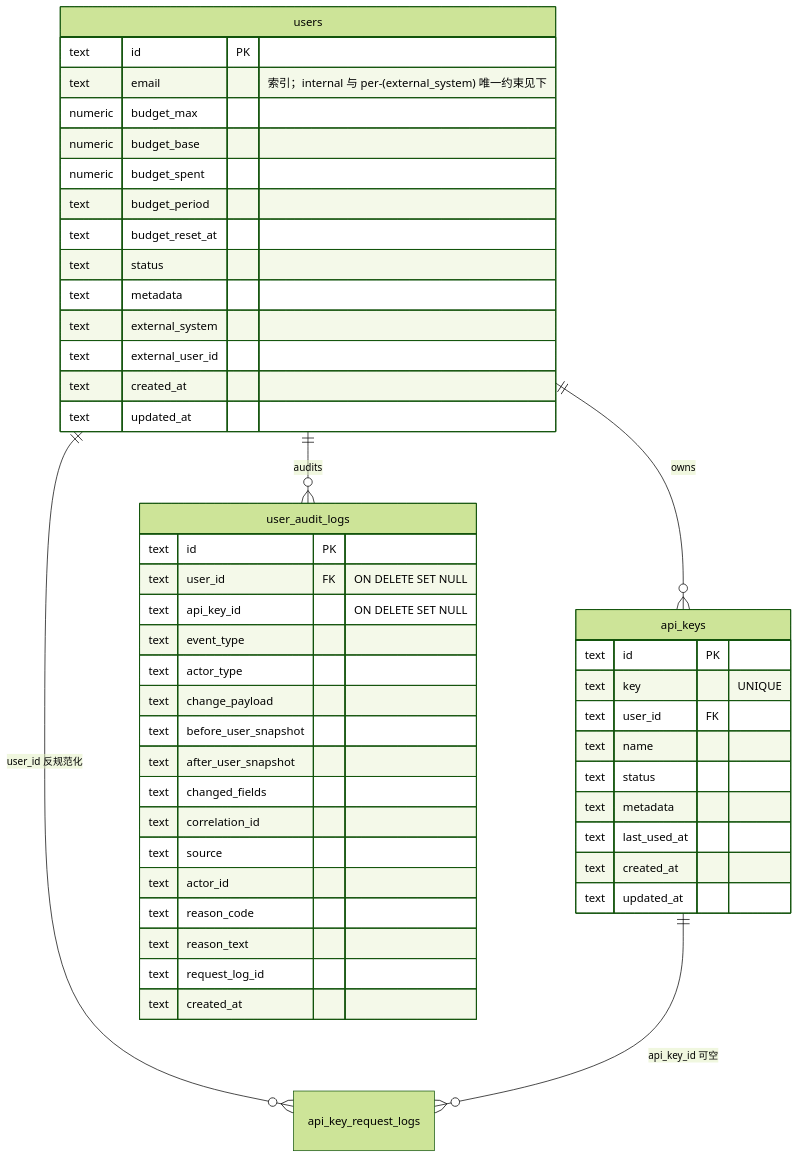
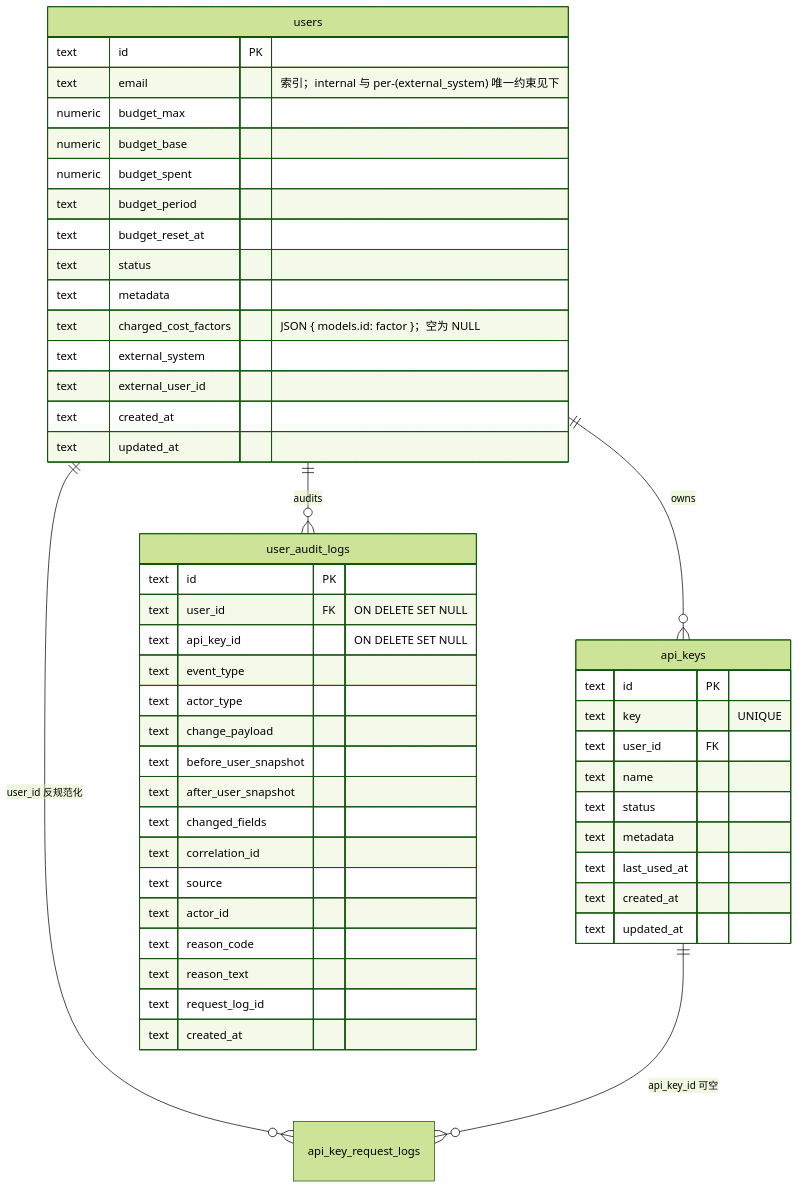
The diagram in docs/developers/architecture/user-keys-data-model.md (OctaFuse/octafuse-gateway), drawn with Mermaid (forest theme) before and after one commit. The commit also changed other lines of this file and 53 other files, not shown here.

First line of the commit message:
feat(api): introduce charged cost factors for user management

````diff
--- a/docs/developers/architecture/user-keys-data-model.md
+++ b/docs/developers/architecture/user-keys-data-model.md
@@ -7,54 +7,55 @@
 ```mermaid
 erDiagram
     users ||--o{ api_keys : owns
     users ||--o{ user_audit_logs : audits
     users ||--o{ api_key_request_logs : "user_id 反规范化"
     api_keys ||--o{ api_key_request_logs : "api_key_id 可空"
 
     users {
         text id PK
         text email "索引；internal 与 per-(external_system) 唯一约束见下"
         numeric budget_max
         numeric budget_base
         numeric budget_spent
         text budget_period
         text budget_reset_at
         text status
         text metadata
+        text charged_cost_factors "JSON { models.id: factor }；空为 NULL"
         text external_system
         text external_user_id
         text created_at
         text updated_at
     }
 
     api_keys {
         text id PK
         text key "UNIQUE"
         text user_id FK
         text name
         text status
         text metadata
         text last_used_at
         text created_at
         text updated_at
     }
 
     user_audit_logs {
         text id PK
         text user_id FK "ON DELETE SET NULL"
         text api_key_id "ON DELETE SET NULL"
         text event_type
         text actor_type
         text change_payload
         text before_user_snapshot
         text after_user_snapshot
         text changed_fields
         text correlation_id
         text source
         text actor_id
         text reason_code
         text reason_text
         text request_log_id
         text created_at
     }
 ```
````
